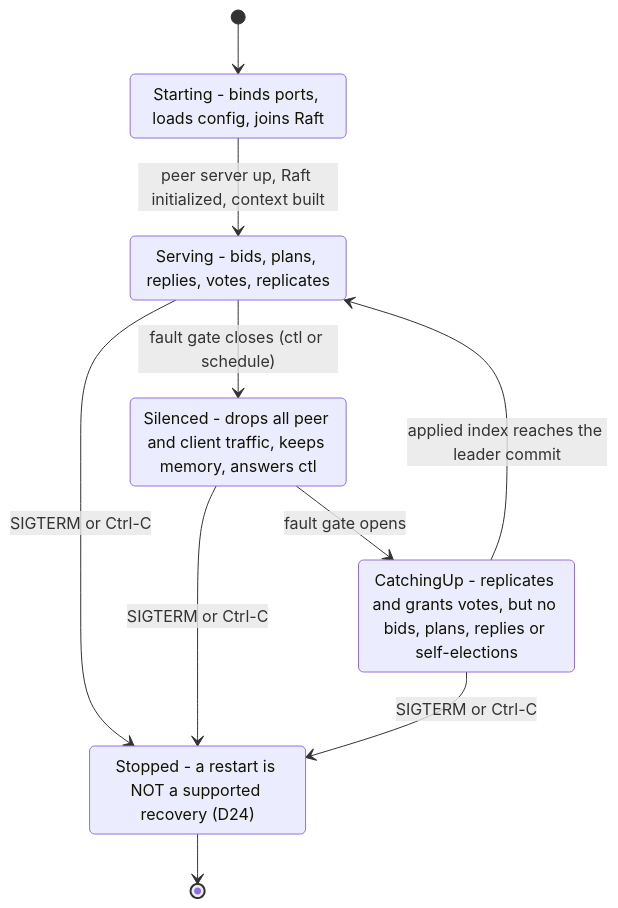
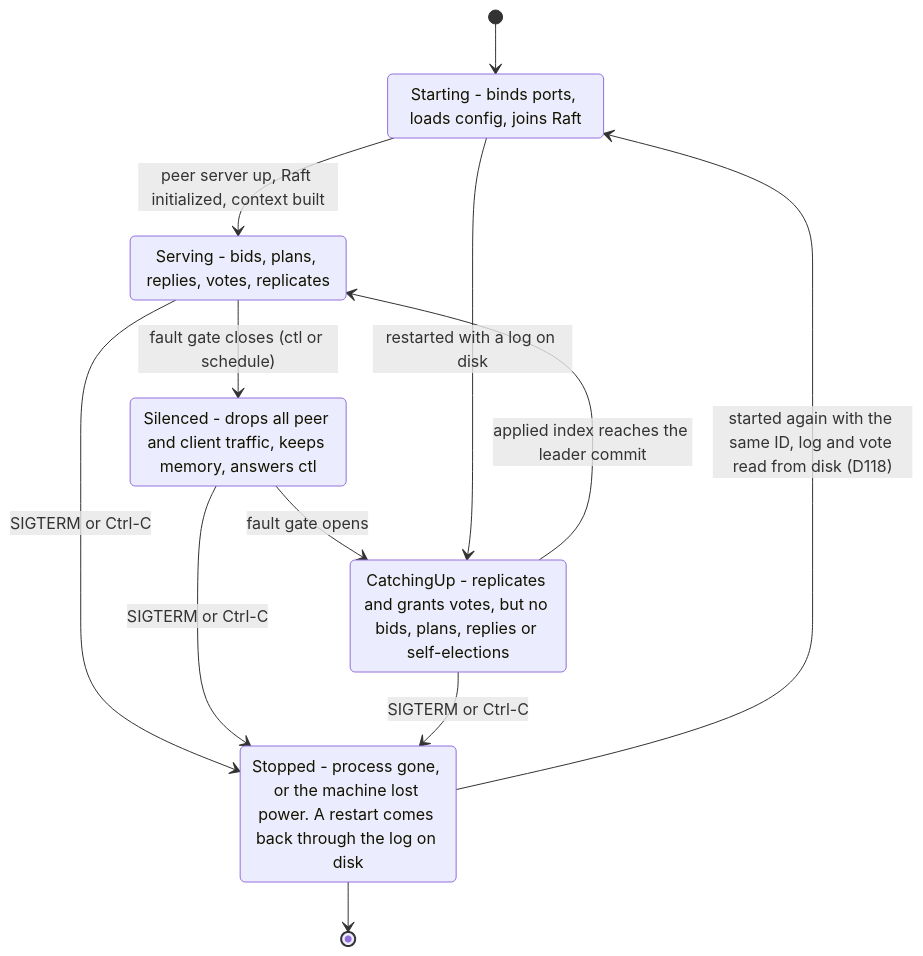
Before and after one commit to noortaytoy1/DistributedSystems: diagram 33 of 43 in docs/architecture.md, drawn with Mermaid. The commit also changed other lines of this file and 7 other files, not shown here.

````diff
--- a/docs/architecture.md
+++ b/docs/architecture.md
@@ -918,17 +1323,19 @@
 ```mermaid
 stateDiagram-v2
     [*] --> Starting
     Starting --> Serving: peer server up, Raft initialized, context built
     Serving --> Silenced: fault gate closes (ctl or schedule)
     Silenced --> CatchingUp: fault gate opens
     CatchingUp --> Serving: applied index reaches the leader commit
     Serving --> Stopped: SIGTERM or Ctrl-C
     Silenced --> Stopped: SIGTERM or Ctrl-C
     CatchingUp --> Stopped: SIGTERM or Ctrl-C
+    Stopped --> Starting: started again with the same ID, log and vote read from disk (D118)
+    Starting --> CatchingUp: restarted with a log on disk
     Stopped --> [*]
     Starting: Starting - binds ports, loads config, joins Raft
     Serving: Serving - bids, plans, replies, votes, replicates
     Silenced: Silenced - drops all peer and client traffic, keeps memory, answers ctl
     CatchingUp: CatchingUp - replicates and grants votes, but no bids, plans, replies or self-elections
-    Stopped: Stopped - a restart is NOT a supported recovery (D24)
+    Stopped: Stopped - process gone, or the machine lost power. A restart comes back through the log on disk
 ```
````
